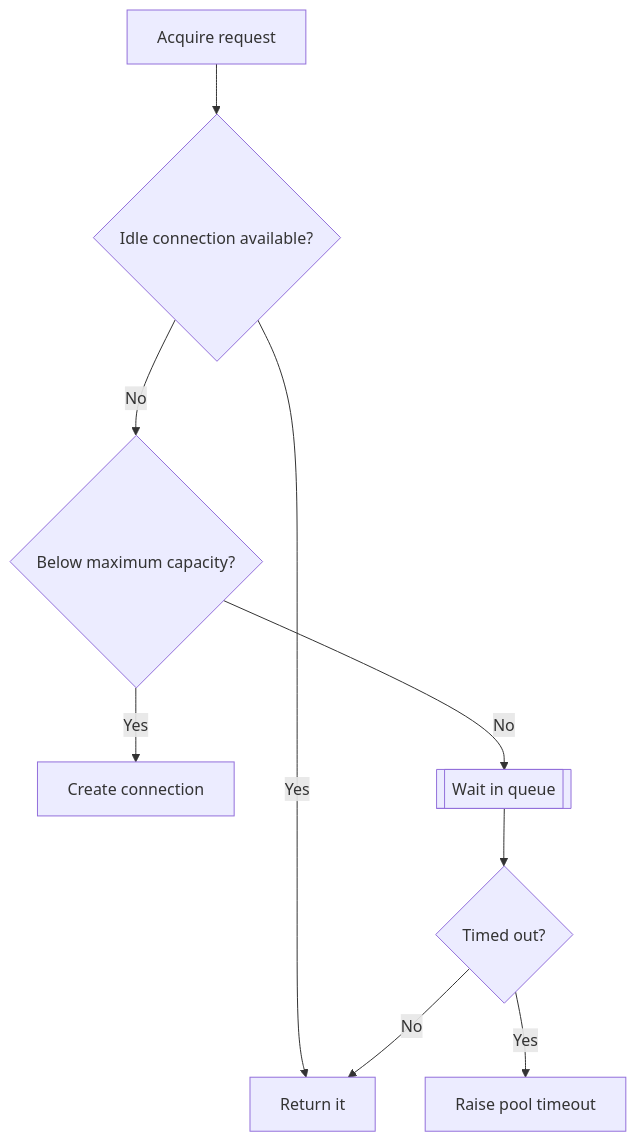
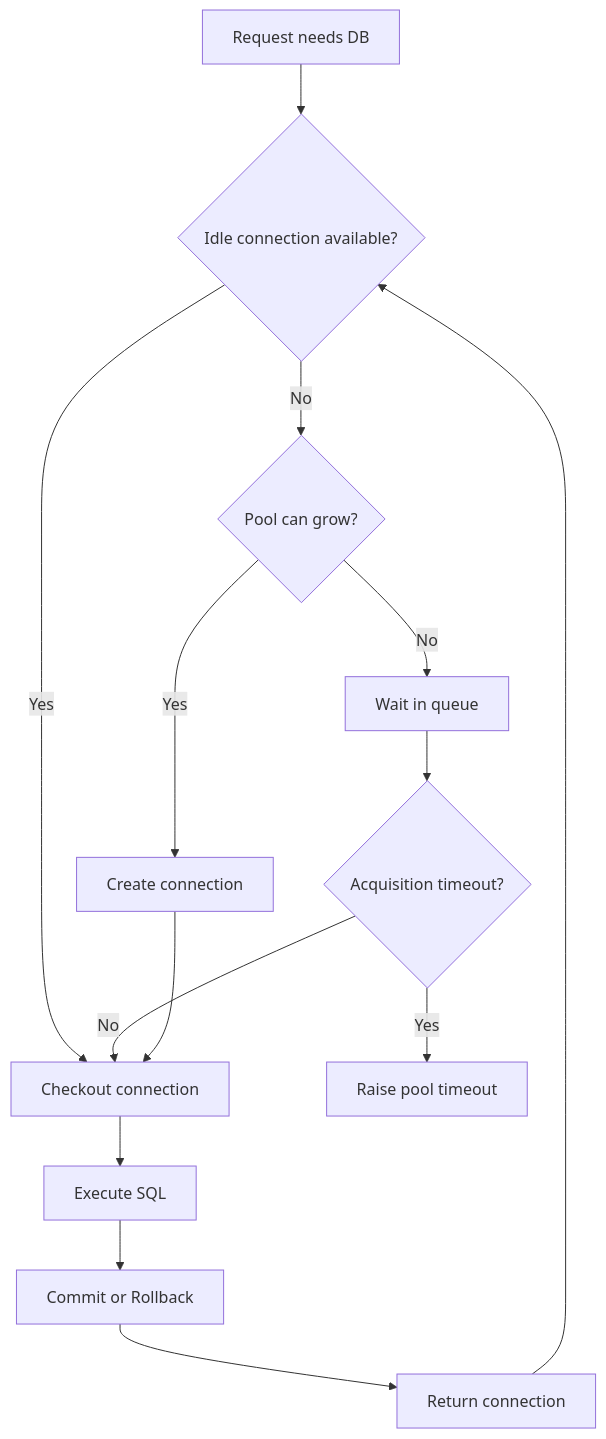
The second of 4 diagrams in src/content/databases/connection-pooling.md (AvadhBhalodiya/Interview-Preparation), drawn with Mermaid before and after one commit. The commit also changed other lines of this file and 80 other files, not shown here.

````diff
--- a/src/content/databases/connection-pooling.md
+++ b/src/content/databases/connection-pooling.md
@@ -176,11 +83,16 @@
 ```mermaid
 flowchart TD
-    A[Acquire request] --> I{Idle connection available?}
-    I -->|Yes| R[Return it]
-    I -->|No| M{Below maximum capacity?}
-    M -->|Yes| CR[Create connection]
-    M -->|No| W[[Wait in queue]]
-    W --> T{Timed out?}
-    T -->|Yes| E[Raise pool timeout]
-    T -->|No| R
+    A[Request needs DB] --> B{Idle connection available?}
+    B -->|Yes| C[Checkout connection]
+    B -->|No| D{Pool can grow?}
+    D -->|Yes| E[Create connection]
+    D -->|No| F[Wait in queue]
+    F --> G{Acquisition timeout?}
+    G -->|Yes| H[Raise pool timeout]
+    G -->|No| C
+    E --> C
+    C --> I[Execute SQL]
+    I --> J[Commit or Rollback]
+    J --> K[Return connection]
+    K --> B
 ```
````
